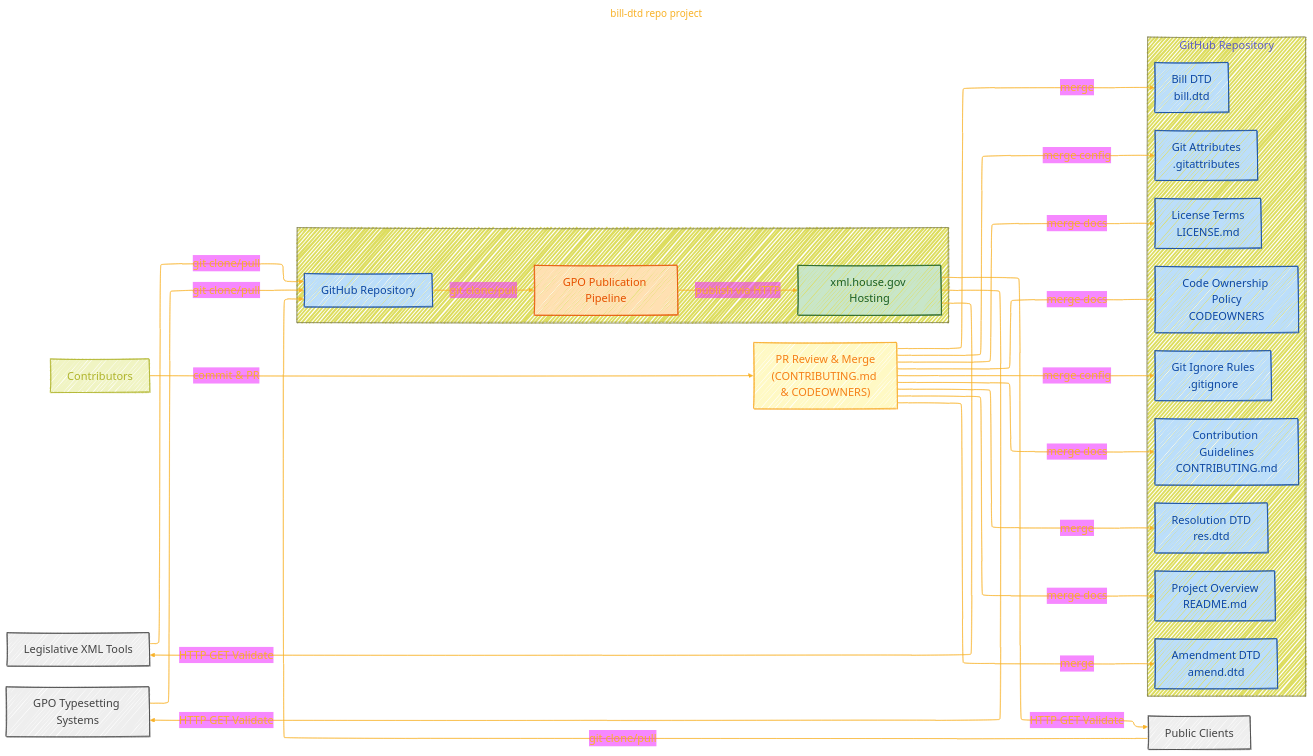
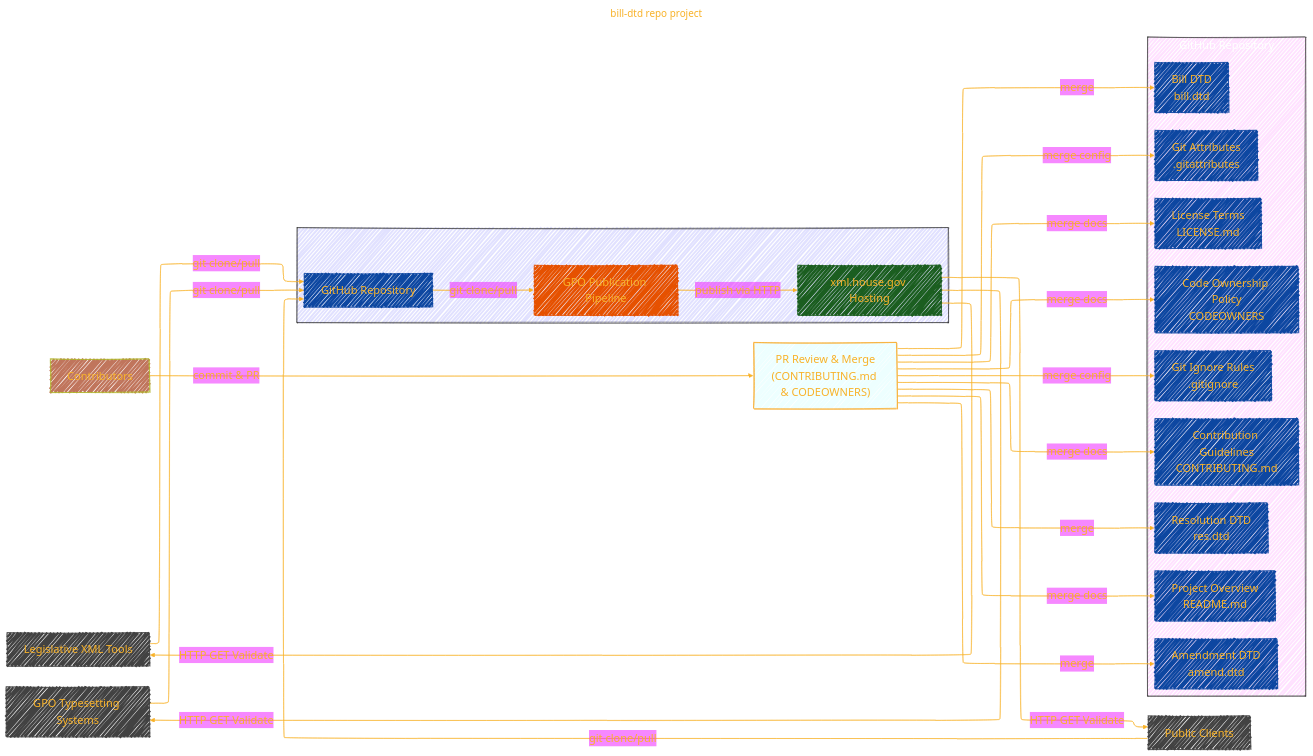
One commit to CongLeSolutionX/ArchExplorer changed the first of 2 diagrams in usgpo/bill-dtd.md. Above: the diagram before and after it, drawn with Mermaid.

Commit message:
update notes

````diff
--- a/usgpo/bill-dtd.md
+++ b/usgpo/bill-dtd.md
@@ -78,8 +78,9 @@
     PR_Review["PR Review & Merge<br/>(CONTRIBUTING.md & CODEOWNERS)"]:::gate
 
     %% GitHub Repository and artifacts
-    subgraph "GitHub Repository" 
-        direction TB
+    subgraph GitHub_Repository["GitHub Repository"]
+    style GitHub_Repository fill:#F2F2,stroke:#333,stroke-width:1px, color: #FFFF
+    direction TB
         Bill_DTD["Bill DTD<br/>bill.dtd"]:::repo
         Amend_DTD["Amendment DTD<br/>amend.dtd"]:::repo
         Res_DTD["Resolution DTD<br/>res.dtd"]:::repo
@@ -115,6 +116,7 @@
     PR_Review -->|merge config| Gitignore
 
     subgraph PublishFlow[" "]
+    style PublishFlow fill:#22F2,stroke:#333,stroke-width:1px, color: #FFFF
     direction TB
         GitHub_RepoNode["GitHub Repository"]:::repo
         GitHub_RepoNode -->|git clone/pull| Publication_Pipeline
@@ -141,11 +143,11 @@
     click Gitignore "https://github.com/usgpo/bill-dtd/blob/master/.gitignore"
 
     %% Styles
-    classDef repo fill:#bbdefb,stroke:#0d47a1,color:#0d47a1;
-    classDef pipeline fill:#ffe0b2,stroke:#e65100,color:#e65100;
-    classDef hosting fill:#c8e6c9,stroke:#1b5e20,color:#1b5e20;
-    classDef consumer fill:#eeeeee,stroke:#424242,color:#424242;
-    classDef contributor fill:#f0f4c3,stroke:#afb42b,color:#afb42b;
-    classDef gate fill:#fff9c4,stroke:#f9a825,color:#f57f17;
+    classDef repo fill:#0d47a1,stroke:#0d47a1
+    classDef pipeline fill:#e65100,stroke:#e65100
+    classDef hosting fill:#1b5e20,stroke:#1b5e20
+    classDef consumer fill:#424242,stroke:#424242
+    classDef contributor fill:#a42b,stroke:#afb42b
+    classDef gate fill:#7ff2,stroke:#f9a825
 
 ```
````
